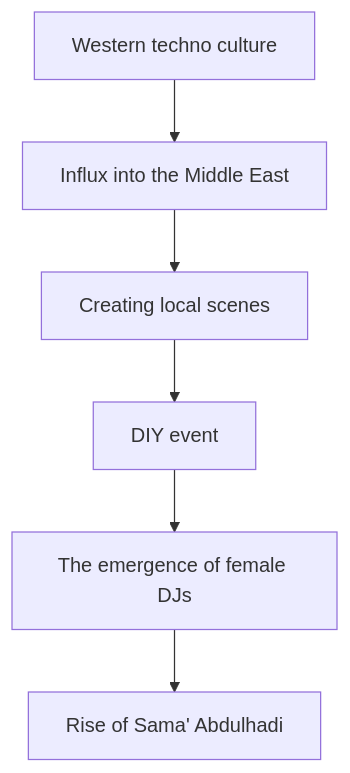
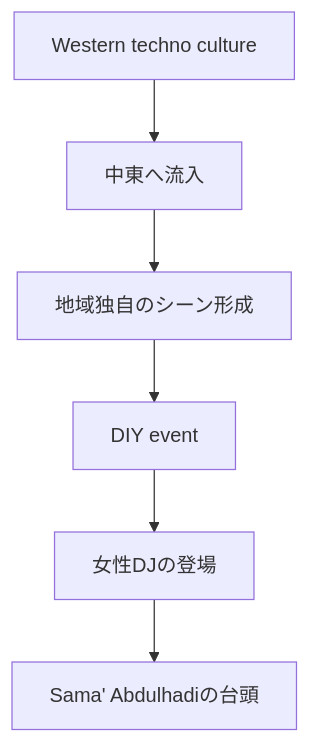
The second of 7 diagrams in en/_posts/2026-05-24-column-sama-abdulhadi.md (monumental-movement/monumental-movement.github.io), drawn with Mermaid before and after one commit. The commit also changed other lines of this file and 2196 other files, not shown here.

```diff
--- a/en/_posts/2026-05-24-column-sama-abdulhadi.md
+++ b/en/_posts/2026-05-24-column-sama-abdulhadi.md
@@ -174,8 +174,8 @@
 <div class="mermaid">
 flowchart TD
-A[Western techno culture] --> B[Influx into the Middle East]
-B --> C[Creating local scenes]
+A[Western techno culture] --> B[中東へ流入]
+B --> C[地域独自のシーン形成]
 C --> D[DIY event]
-D --> E[The emergence of female DJs]
-E --> F[Rise of Sama' Abdulhadi]
+D --> E[女性DJの登場]
+E --> F[Sama' Abdulhadiの台頭]
 </div>
```
